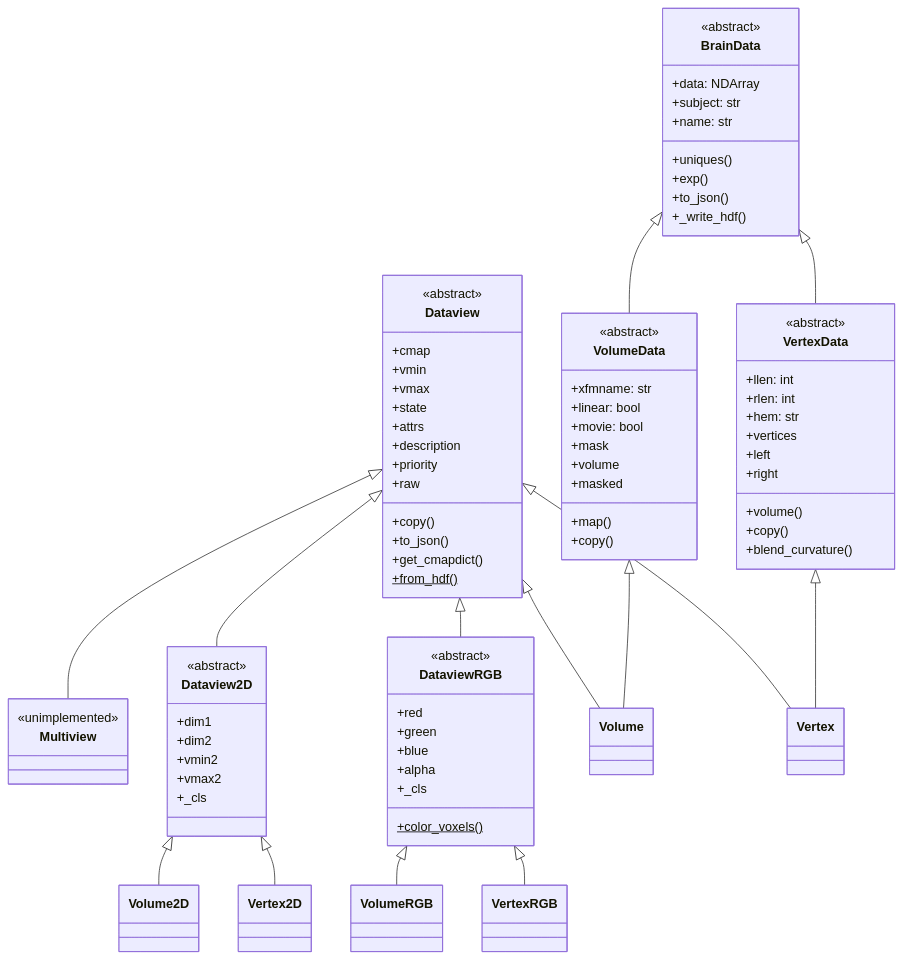
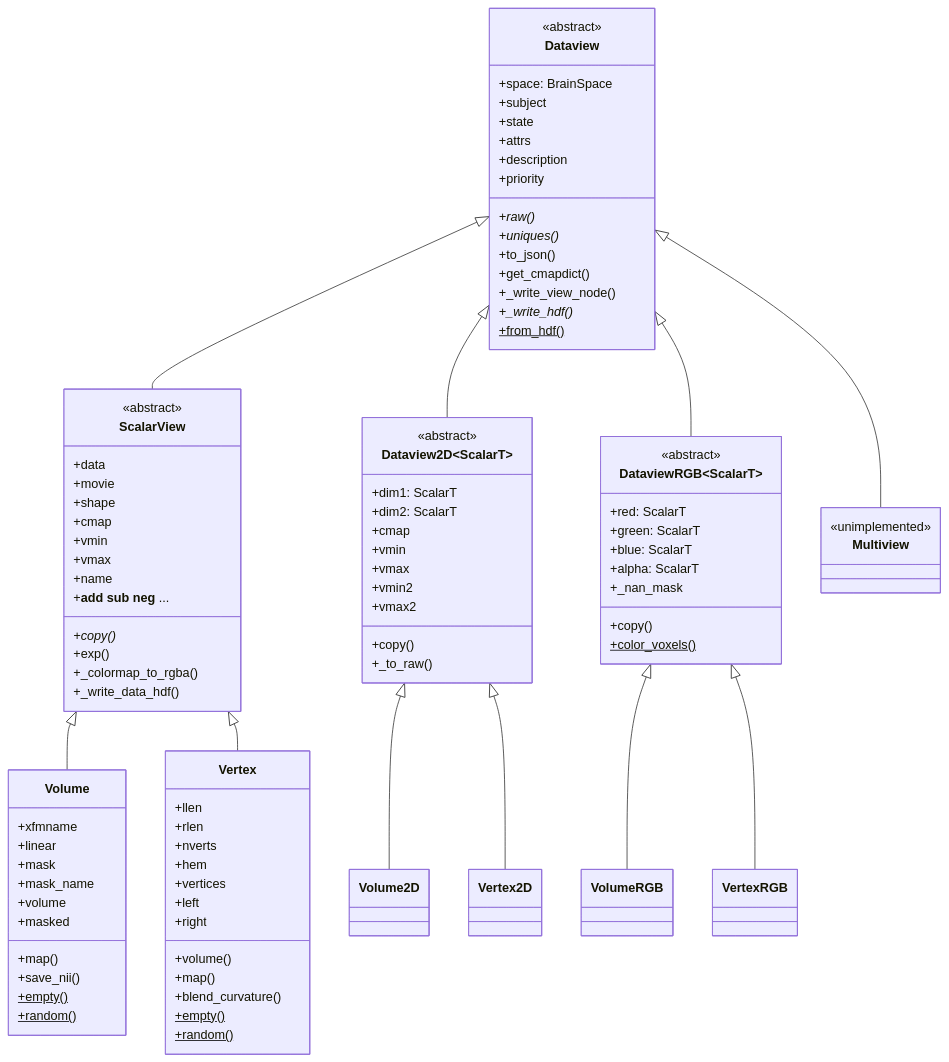
One commit to kroq-gar78/pycortex changed the first of 2 diagrams in cortex/dataset/INHERITANCE.md. Above: the diagram before and after it, drawn with Mermaid. The commit also changed other lines of this file and 2 other files, not shown here.

First line of the commit message:
dataset: export the space/narrowing API, rewrite INHERITANCE.md, add regressions

```diff
--- a/cortex/dataset/INHERITANCE.md
+++ b/cortex/dataset/INHERITANCE.md
@@ -13,95 +31,101 @@
 classDiagram
     direction TB
 
-    class BrainData {
+    class Dataview {
         <<abstract>>
-        +data: NDArray
-        +subject: str
-        +name: str
-        +uniques()
+        +space: BrainSpace
+        +subject
+        +state
+        +attrs
+        +description
+        +priority
+        +raw()*
+        +uniques()*
+        +to_json()
+        +get_cmapdict()
+        +_write_view_node()
+        +_write_hdf()*
+        +from_hdf()$
+    }
+    class ScalarView {
+        <<abstract>>
+        +data
+        +movie
+        +shape
+        +cmap
+        +vmin
+        +vmax
+        +name
+        +copy()*
         +exp()
-        +to_json()
-        +_write_hdf()
+        +_colormap_to_rgba()
+        +_write_data_hdf()
+        +__add__ __sub__ __neg__ ...
     }
-    class VolumeData {
+    class Dataview2D~ScalarT~ {
         <<abstract>>
-        +xfmname: str
-        +linear: bool
-        +movie: bool
+        +dim1: ScalarT
+        +dim2: ScalarT
+        +cmap
+        +vmin
+        +vmax
+        +vmin2
+        +vmax2
+        +copy()
+        +_to_raw()
+    }
+    class DataviewRGB~ScalarT~ {
+        <<abstract>>
+        +red: ScalarT
+        +green: ScalarT
+        +blue: ScalarT
+        +alpha: ScalarT
+        +copy()
+        +color_voxels()$
+        +_nan_mask
+    }
+
+    class Volume {
+        +xfmname
+        +linear
         +mask
+        +mask_name
         +volume
         +masked
         +map()
-        +copy()
+        +save_nii()
+        +empty()$
+        +random()$
     }
-    class VertexData {
-        <<abstract>>
-        +llen: int
-        +rlen: int
-        +hem: str
+    class Vertex {
+        +llen
+        +rlen
+        +nverts
+        +hem
         +vertices
         +left
         +right
         +volume()
-        +copy()
+        +map()
         +blend_curvature()
+        +empty()$
+        +random()$
     }
-
-    class Dataview {
-        <<abstract>>
-        +cmap
-        +vmin
-        +vmax
-        +state
-        +attrs
-        +description
-        +priority
-        +raw
-        +copy()
-        +to_json()
-        +get_cmapdict()
-        +from_hdf()$
-    }
-    class Multiview {
-        <<unimplemented>>
-    }
-    class Dataview2D {
-        <<abstract>>
-        +dim1
-        +dim2
-        +vmin2
-        +vmax2
-        +_cls
-    }
-    class DataviewRGB {
-        <<abstract>>
-        +red
-        +green
-        +blue
-        +alpha
-        +_cls
-        +color_voxels()$
-    }
-
-    class Volume
-    class Vertex
     class Volume2D
     class Vertex2D
     class VolumeRGB
     class VertexRGB
+    class Multiview {
+        <<unimplemented>>
+    }
 
-    BrainData <|-- VolumeData
-    BrainData <|-- VertexData
-
-    Dataview <|-- Multiview
+    Dataview <|-- ScalarView
     Dataview <|-- Dataview2D
     Dataview <|-- DataviewRGB
+    Dataview <|-- Multiview
 
-    VolumeData <|-- Volume
-    Dataview   <|-- Volume
-    VertexData <|-- Vertex
-    Dataview   <|-- Vertex
-
+    ScalarView <|-- Volume
+    ScalarView <|-- Vertex
     Dataview2D <|-- Volume2D
     Dataview2D <|-- Vertex2D
     DataviewRGB <|-- VolumeRGB
```
